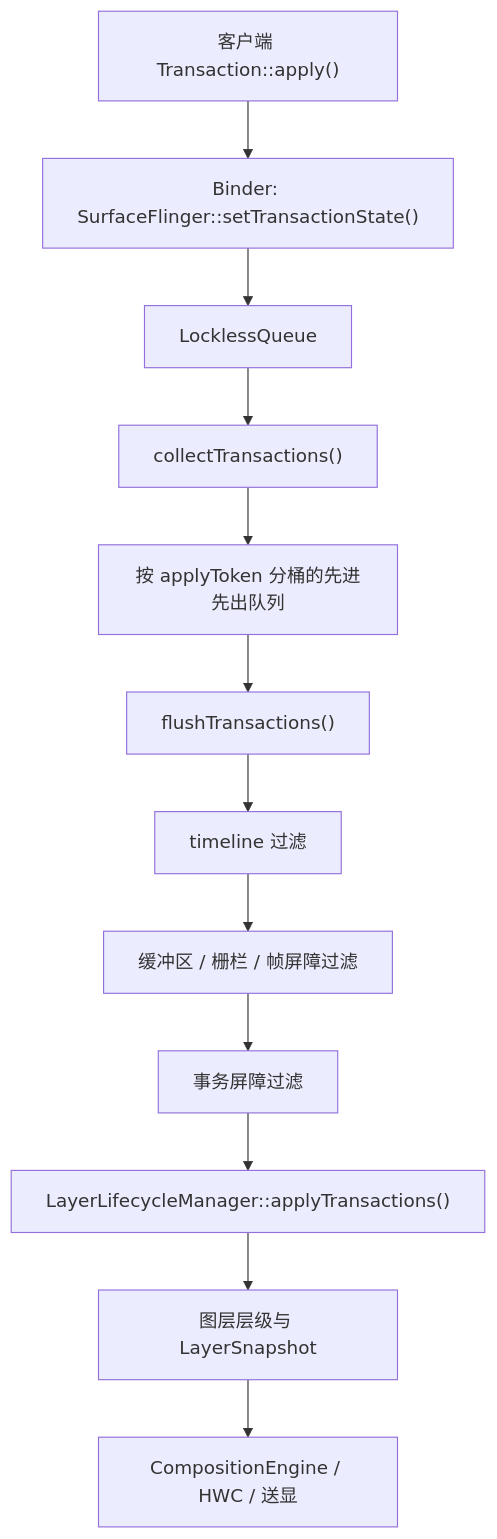
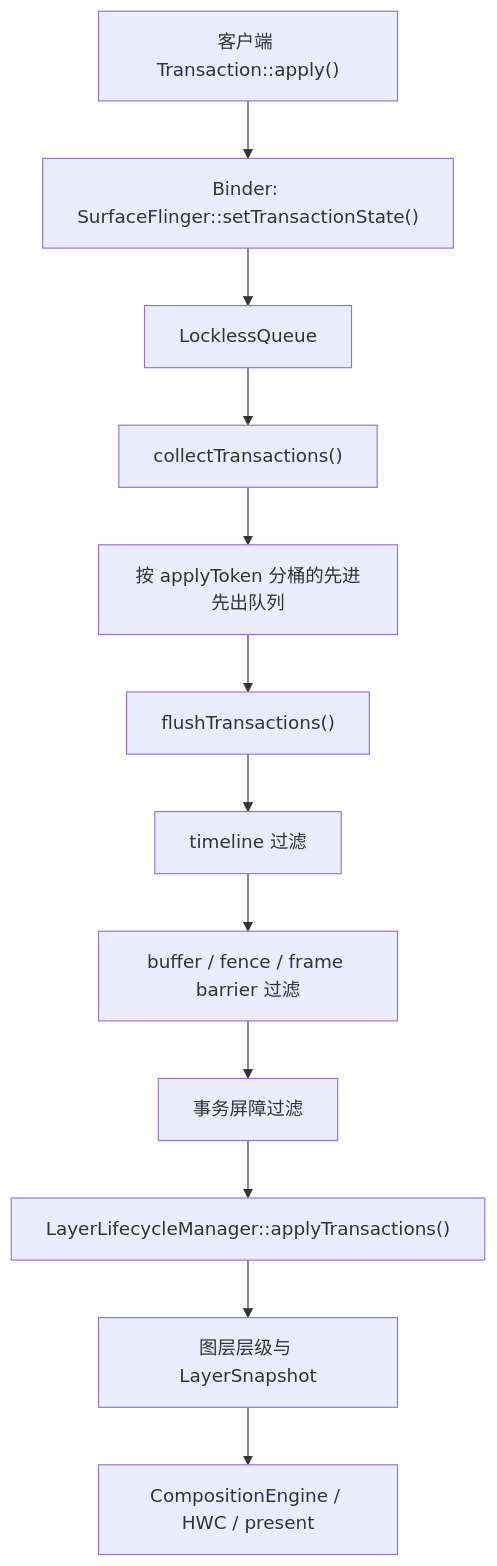
One commit to Gracker/android-internals-wiki changed the diagram in src/part1-fundamentals/ch02-rendering/27-sf-transaction-queue-lockless.md. Above: the diagram before and after it, drawn with Mermaid. The commit also changed other lines of this file and 4 other files, not shown here.

````diff
--- a/src/part1-fundamentals/ch02-rendering/27-sf-transaction-queue-lockless.md
+++ b/src/part1-fundamentals/ch02-rendering/27-sf-transaction-queue-lockless.md
@@ -51,14 +51,14 @@
 ```mermaid
 flowchart TD
     A["客户端 Transaction::apply()"] --> B["Binder: SurfaceFlinger::setTransactionState()"]
     B --> C["LocklessQueue<QueuedTransactionState>"]
     C --> D["collectTransactions()"]
     D --> E["按 applyToken 分桶的先进先出队列"]
     E --> F["flushTransactions()"]
     F --> G["timeline 过滤"]
-    G --> H["缓冲区 / 栅栏 / 帧屏障过滤"]
+    G --> H["buffer / fence / frame barrier 过滤"]
     H --> I["事务屏障过滤"]
     I --> J["LayerLifecycleManager::applyTransactions()"]
     J --> K["图层层级与 LayerSnapshot"]
-    K --> L["CompositionEngine / HWC / 送显"]
+    K --> L["CompositionEngine / HWC / present"]
 ```
````
